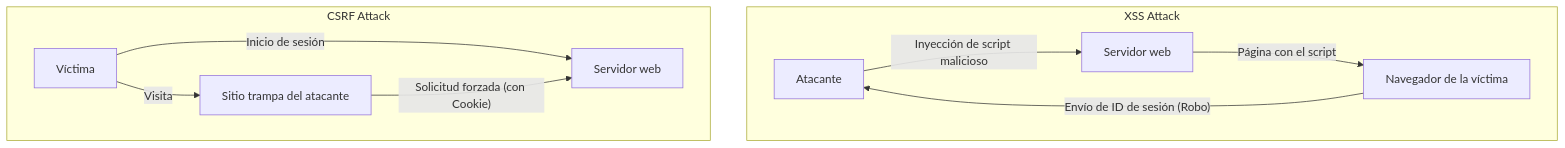
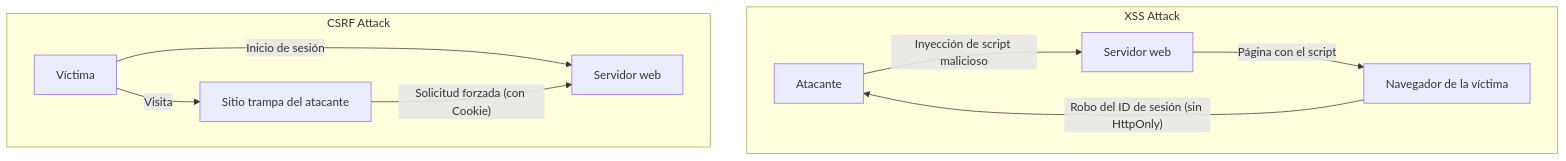
Before and after one commit to kenjinote/blog: the diagram in content/post/cross-site-scripting-xss-csrf-security/index.es.md, drawn with Mermaid. The commit also changed other lines of this file and 21 other files, not shown here.

````diff
--- a/content/post/cross-site-scripting-xss-csrf-security/index.es.md
+++ b/content/post/cross-site-scripting-xss-csrf-security/index.es.md
@@ -134,14 +137,14 @@
 ```mermaid
 graph TD
     subgraph XSS Attack
         A["Atacante"] -- "Inyección de script malicioso" --> B["Servidor web"]
         B -- "Página con el script" --> C["Navegador de la víctima"]
-        C -- "Envío de ID de sesión (Robo)" --> A
+        C -- "Robo del ID de sesión (sin HttpOnly)" --> A
     end
 
     subgraph CSRF Attack
         D["Víctima"] -- "Inicio de sesión" --> E["Servidor web"]
         D -- "Visita" --> F["Sitio trampa del atacante"]
         F -- "Solicitud forzada (con Cookie)" --> E
     end
 ```
````
